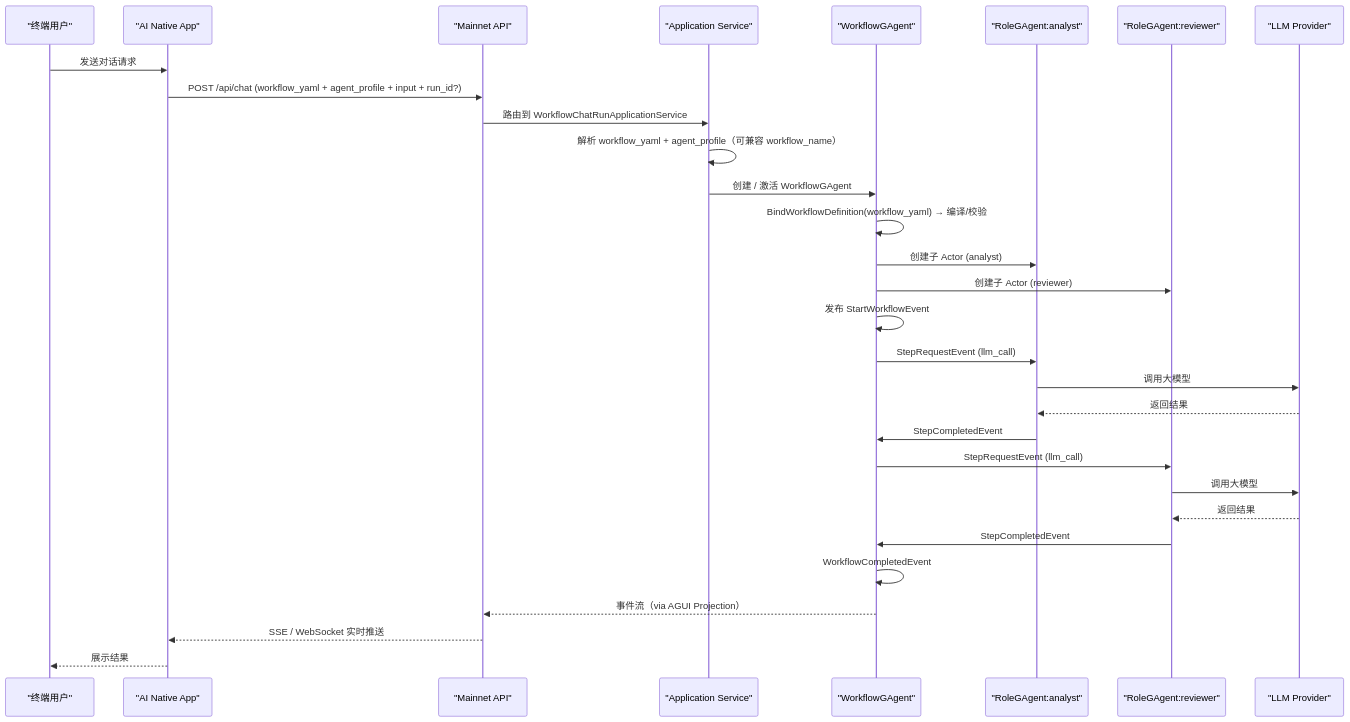
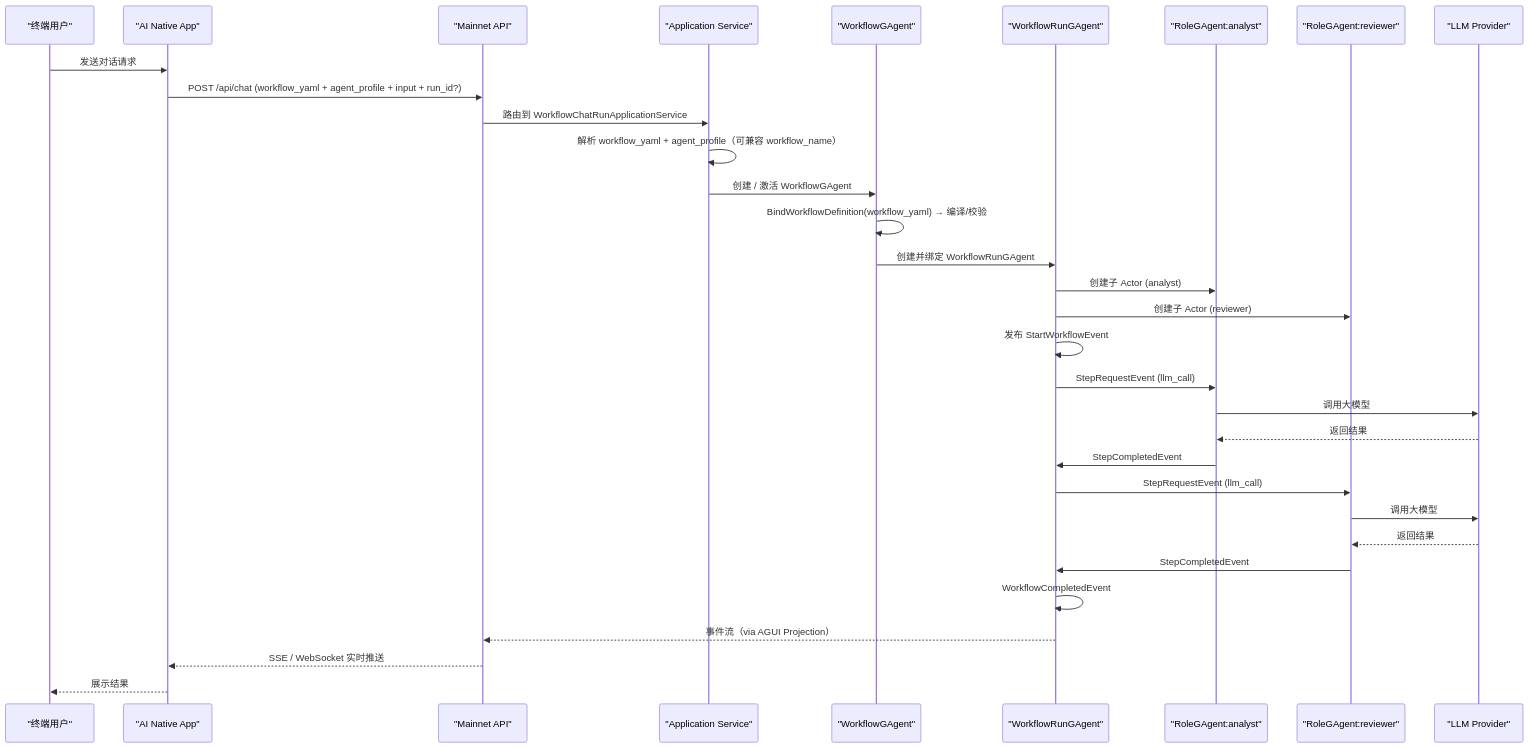
One commit to aevatarAI/aevatar changed the fourth of 19 diagrams in docs/architecture/AEVATAR_MAINNET_ARCHITECTURE.md. Above: the diagram before and after it, drawn with Mermaid. The commit also changed other lines of this file and 92 other files, not shown here.

First line of the commit message:
Refactor workflow architecture to separate definition and run actors

````diff
--- a/docs/architecture/AEVATAR_MAINNET_ARCHITECTURE.md
+++ b/docs/architecture/AEVATAR_MAINNET_ARCHITECTURE.md
@@ -210,34 +210,36 @@
 ```mermaid
 %%{init: {"maxTextSize": 100000, "sequence": {"useMaxWidth": false}, "themeVariables": {"fontSize": "10px"}}}%%
 sequenceDiagram
     participant User as "终端用户"
     participant App as "AI Native App"
     participant API as "Mainnet API"
     participant AppSvc as "Application Service"
-    participant WFAgent as "WorkflowGAgent"
+    participant Def as "WorkflowGAgent"
+    participant Run as "WorkflowRunGAgent"
     participant Role1 as "RoleGAgent:analyst"
     participant Role2 as "RoleGAgent:reviewer"
     participant LLM as "LLM Provider"
 
     User->>App: 发送对话请求
     App->>API: POST /api/chat (workflow_yaml + agent_profile + input + run_id?)
     API->>AppSvc: 路由到 WorkflowChatRunApplicationService
     AppSvc->>AppSvc: 解析 workflow_yaml + agent_profile（可兼容 workflow_name）
-    AppSvc->>WFAgent: 创建 / 激活 WorkflowGAgent
-    WFAgent->>WFAgent: BindWorkflowDefinition(workflow_yaml) → 编译/校验
-    WFAgent->>Role1: 创建子 Actor (analyst)
-    WFAgent->>Role2: 创建子 Actor (reviewer)
-    WFAgent->>WFAgent: 发布 StartWorkflowEvent
-    WFAgent->>Role1: StepRequestEvent (llm_call)
+    AppSvc->>Def: 创建 / 激活 WorkflowGAgent
+    Def->>Def: BindWorkflowDefinition(workflow_yaml) → 编译/校验
+    Def->>Run: 创建并绑定 WorkflowRunGAgent
+    Run->>Role1: 创建子 Actor (analyst)
+    Run->>Role2: 创建子 Actor (reviewer)
+    Run->>Run: 发布 StartWorkflowEvent
+    Run->>Role1: StepRequestEvent (llm_call)
     Role1->>LLM: 调用大模型
     LLM-->>Role1: 返回结果
-    Role1->>WFAgent: StepCompletedEvent
-    WFAgent->>Role2: StepRequestEvent (llm_call)
+    Role1->>Run: StepCompletedEvent
+    Run->>Role2: StepRequestEvent (llm_call)
     Role2->>LLM: 调用大模型
     LLM-->>Role2: 返回结果
-    Role2->>WFAgent: StepCompletedEvent
-    WFAgent->>WFAgent: WorkflowCompletedEvent
-    WFAgent-->>API: 事件流（via AGUI Projection）
+    Role2->>Run: StepCompletedEvent
+    Run->>Run: WorkflowCompletedEvent
+    Run-->>API: 事件流（via AGUI Projection）
     API-->>App: SSE / WebSocket 实时推送
     App-->>User: 展示结果
 ```
````
